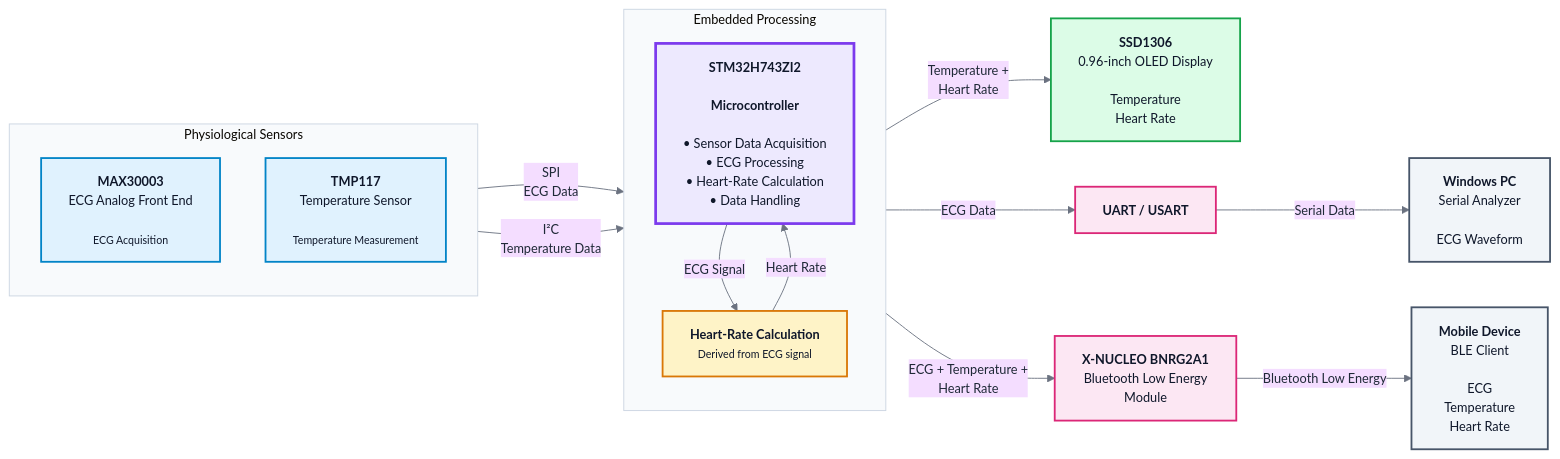
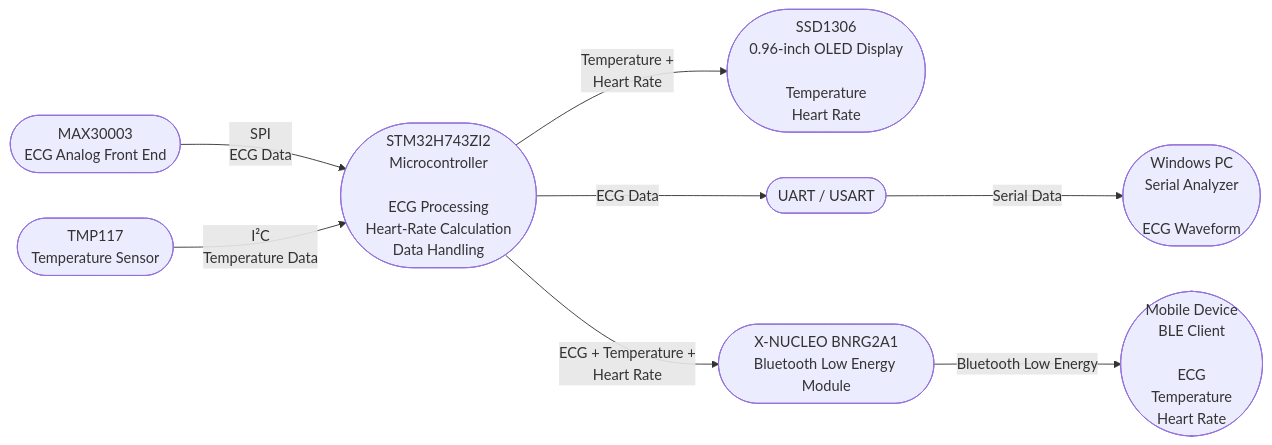
Before and after one commit to saicharan24052/STM32_ECG_Project: the diagram in README.md, drawn with Mermaid. The commit also changed other lines of this file, not shown here.

Commit message:
Update system architecture diagram in README

````diff
--- a/README.md
+++ b/README.md
@@ -33,125 +32,29 @@
 ```mermaid
-%%{init: {
-  "theme": "base",
-  "themeVariables": {
-    "fontFamily": "Arial",
-    "fontSize": "14px",
-    "primaryTextColor": "#1f2937",
-    "lineColor": "#6b7280",
-    "clusterBkg": "#f8fafc",
-    "clusterBorder": "#cbd5e1"
-  },
-  "flowchart": {
-    "curve": "basis",
-    "htmlLabels": true
-  }
-}}%%
-
 flowchart LR
 
-    %% =========================================================
-    %% SENSOR LAYER
-    %% =========================================================
+    ECG(["MAX30003<br/>ECG Analog Front End"])
+    TEMP(["TMP117<br/>Temperature Sensor"])
 
-    subgraph SENSORS["Physiological Sensors"]
-        direction TB
+    MCU(["STM32H743ZI2<br/>Microcontroller<br/><br/>ECG Processing<br/>Heart-Rate Calculation<br/>Data Handling"])
 
-        ECG["<b>MAX30003</b><br/>ECG Analog Front End<br/><br/><small>ECG Acquisition</small>"]
-        TEMP["<b>TMP117</b><br/>Temperature Sensor<br/><br/><small>Temperature Measurement</small>"]
-    end
+    OLED(["SSD1306<br/>0.96-inch OLED Display<br/><br/>Temperature<br/>Heart Rate"])
 
+    UART(["UART / USART"])
+    PC(["Windows PC<br/>Serial Analyzer<br/><br/>ECG Waveform"])
 
-    %% =========================================================
-    %% MICROCONTROLLER LAYER
-    %% =========================================================
+    BLE(["X-NUCLEO BNRG2A1<br/>Bluetooth Low Energy Module"])
 
-    subgraph MCU_BLOCK["Embedded Processing"]
-        direction TB
+    MOBILE(["Mobile Device<br/>BLE Client<br/><br/>ECG<br/>Temperature<br/>Heart Rate"])
 
-        MCU["<b>STM32H743ZI2</b><br/><br/><b>Microcontroller</b><br/><br/>• Sensor Data Acquisition<br/>• ECG Processing<br/>• Heart-Rate Calculation<br/>• Data Handling"]
-
-        HR["<b>Heart-Rate Calculation</b><br/><small>Derived from ECG signal</small>"]
-    end
-
-
-    %% =========================================================
-    %% LOCAL DISPLAY
-    %% =========================================================
-
-    OLED["<b>SSD1306</b><br/>0.96-inch OLED Display<br/><br/>Temperature<br/>Heart Rate"]
-
-
-    %% =========================================================
-    %% PC / SERIAL PATH
-    %% =========================================================
-
-    SERIAL["<b>UART / USART</b>"]
-    PC["<b>Windows PC</b><br/>Serial Analyzer<br/><br/>ECG Waveform"]
-
-
-    %% =========================================================
-    %% BLE PATH
-    %% =========================================================
-
-    BLE["<b>X-NUCLEO BNRG2A1</b><br/>Bluetooth Low Energy<br/>Module"]
-
-    MOBILE["<b>Mobile Device</b><br/>BLE Client<br/><br/>ECG<br/>Temperature<br/>Heart Rate"]
-
-
-    %% =========================================================
-    %% SENSOR → MCU
-    %% =========================================================
 
     ECG -->|"SPI<br/>ECG Data"| MCU
     TEMP -->|"I²C<br/>Temperature Data"| MCU
 
-
-    %% =========================================================
-    %% ECG → HEART RATE
-    %% =========================================================
-
-    MCU -->|"ECG Signal"| HR
-    HR -->|"Heart Rate"| MCU
-
-
-    %% =========================================================
-    %% MCU → OLED
-    %% =========================================================
-
     MCU -->|"Temperature +<br/>Heart Rate"| OLED
 
-
-    %% =========================================================
-    %% MCU → SERIAL ANALYZER
-    %% =========================================================
-
-    MCU -->|"ECG Data"| SERIAL
-    SERIAL -->|"Serial Data"| PC
-
-
-    %% =========================================================
-    %% MCU → BLE → MOBILE
-    %% =========================================================
+    MCU -->|"ECG Data"| UART
+    UART -->|"Serial Data"| PC
 
     MCU -->|"ECG + Temperature +<br/>Heart Rate"| BLE
     BLE -->|"Bluetooth Low Energy"| MOBILE
-
-
-    %% =========================================================
-    %% STYLING
-    %% =========================================================
-
-    classDef sensor fill:#e0f2fe,stroke:#0284c7,stroke-width:2px,color:#0f172a;
-    classDef mcu fill:#ede9fe,stroke:#7c3aed,stroke-width:3px,color:#0f172a;
-    classDef processing fill:#fef3c7,stroke:#d97706,stroke-width:2px,color:#0f172a;
-    classDef display fill:#dcfce7,stroke:#16a34a,stroke-width:2px,color:#0f172a;
-    classDef communication fill:#fce7f3,stroke:#db2777,stroke-width:2px,color:#0f172a;
-    classDef output fill:#f1f5f9,stroke:#475569,stroke-width:2px,color:#0f172a;
-
-    class ECG,TEMP sensor;
-    class MCU mcu;
-    class HR processing;
-    class OLED display;
-    class SERIAL,BLE communication;
-    class PC,MOBILE output;
 ```
````
